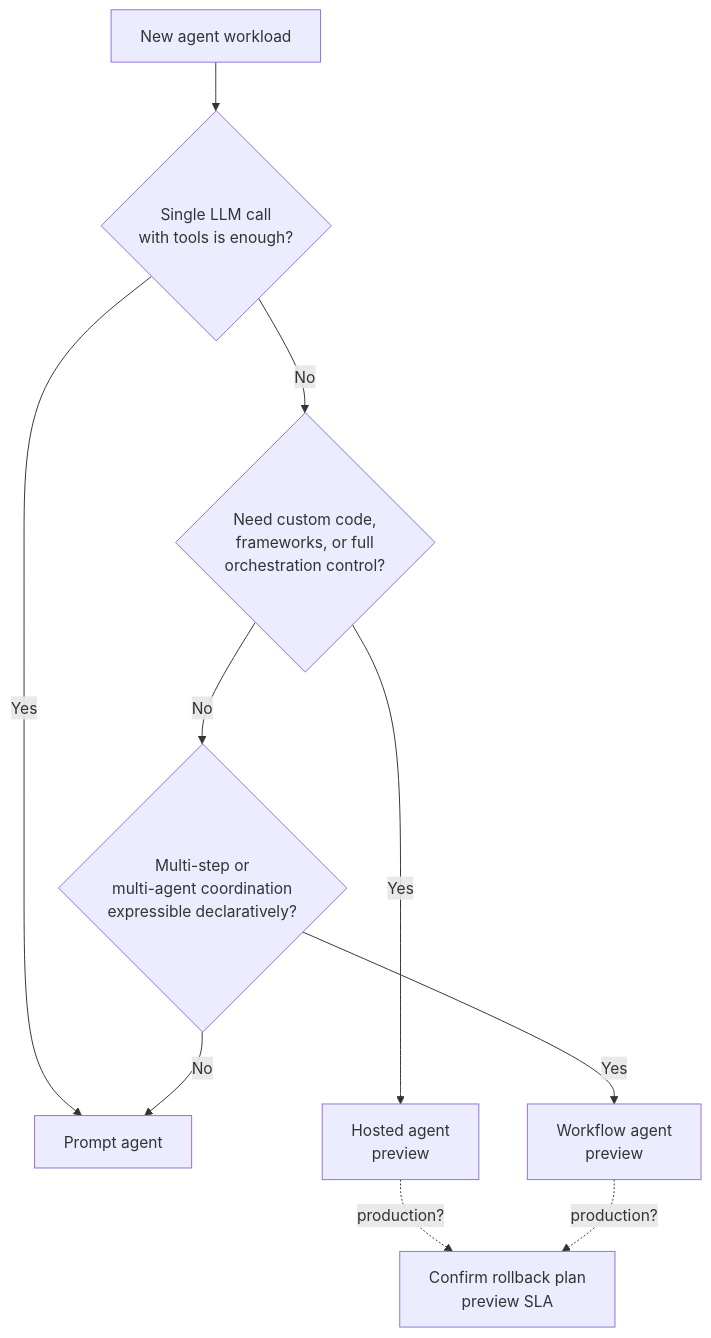
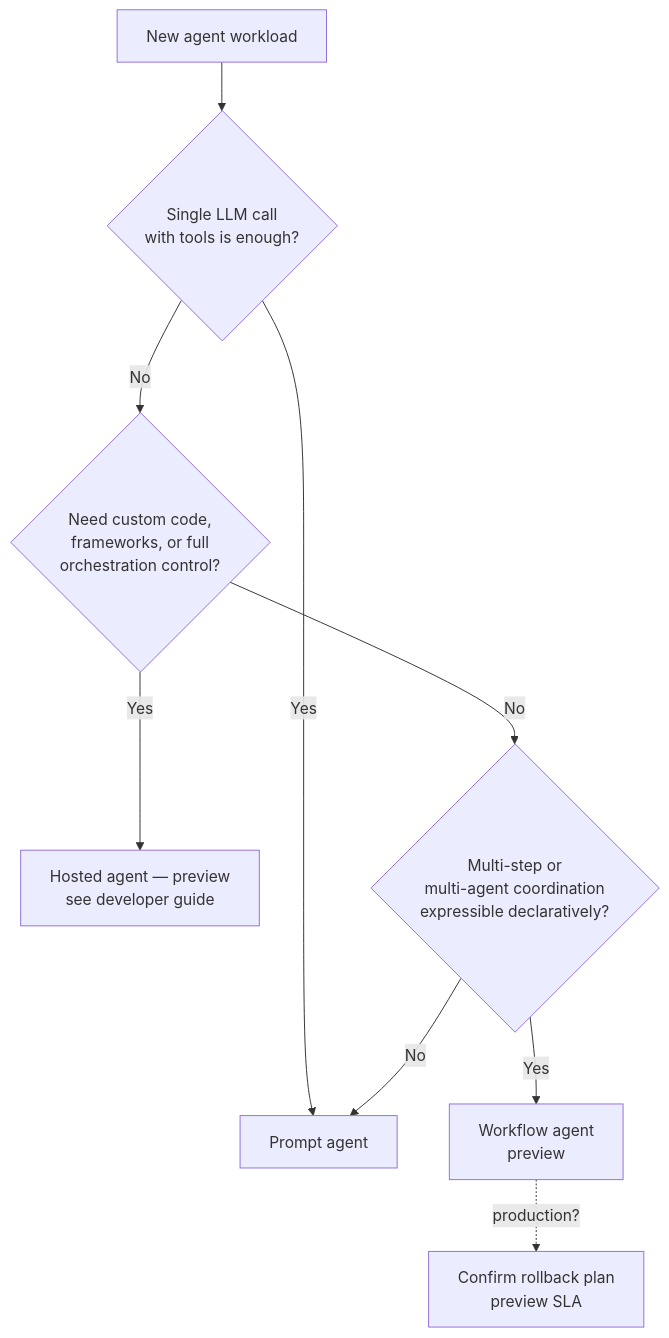
Before and after one commit to JimPiquant/evaluation-articles: the first of 6 diagrams in 07-deploy-foundry-agents/foundry-agents-deployment.md, drawn with Mermaid. The commit also changed other lines of this file and 2 other files, not shown here.

First line of the commit message:
Add developer guide for deploying Foundry hosted agents

````diff
--- a/07-deploy-foundry-agents/foundry-agents-deployment.md
+++ b/07-deploy-foundry-agents/foundry-agents-deployment.md
@@ -136,12 +136,11 @@
 ```mermaid
 flowchart TD
     A[New agent workload] --> B{Single LLM call<br/>with tools is enough?}
     B -- Yes --> P[Prompt agent]
     B -- No --> C{Need custom code,<br/>frameworks, or full<br/>orchestration control?}
-    C -- Yes --> H[Hosted agent<br/>preview]
+    C -- Yes --> H[Hosted agent — preview<br/>see developer guide]
     C -- No --> D{Multi-step or<br/>multi-agent coordination<br/>expressible declaratively?}
     D -- Yes --> W[Workflow agent<br/>preview]
     D -- No --> P
-    H -.production?.-> R[Confirm rollback plan<br/>preview SLA]
-    W -.production?.-> R
+    W -.production?.-> R[Confirm rollback plan<br/>preview SLA]
 ```
````
